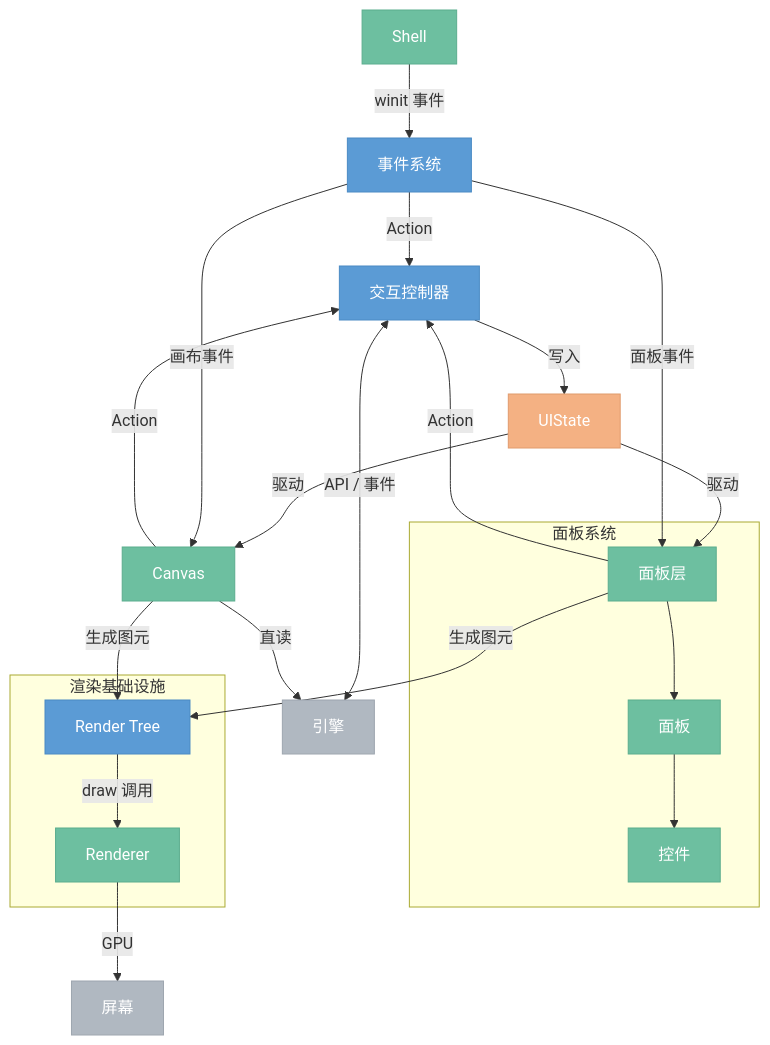
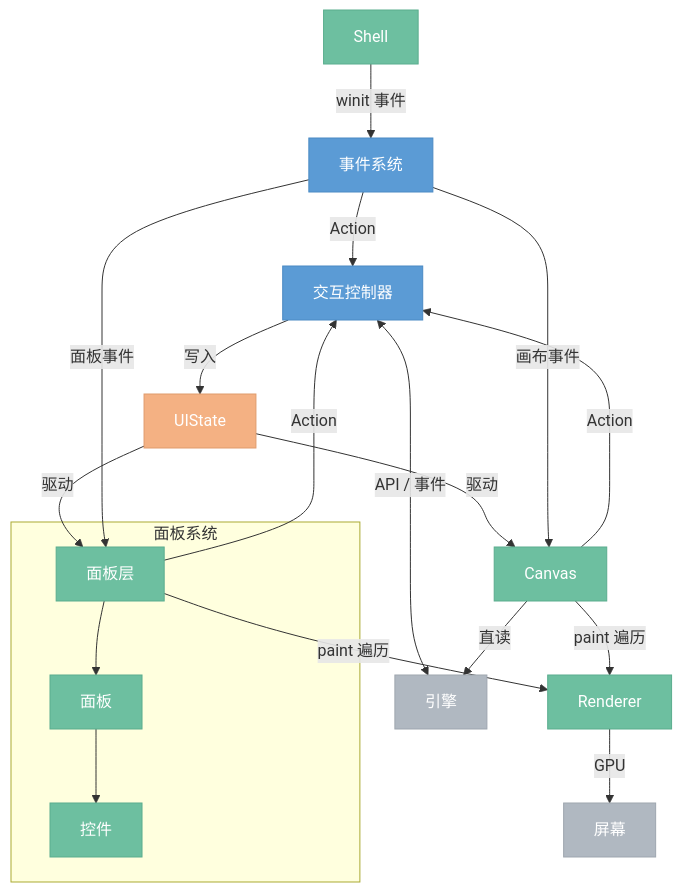
The diagram in docs/target/2.0.0-gui.md (aporicho/nodeimg), drawn with Mermaid before and after one commit. The commit also changed other lines of this file, not shown here.

````diff
--- a/docs/target/2.0.0-gui.md
+++ b/docs/target/2.0.0-gui.md
@@ -7,46 +7,42 @@
 ```mermaid
 %%{ init: { 'flowchart': { 'curve': 'basis' } } }%%
 flowchart TB
     classDef internal fill:#6DBFA0,stroke:#5BAD8E,color:#fff
     classDef logic fill:#5B9BD5,stroke:#4A8AC4,color:#fff
     classDef data fill:#F4B183,stroke:#E09B6D,color:#fff
     classDef external fill:#B0B8C1,stroke:#9EA6AF,color:#fff
 
     Shell["Shell"]:::internal
     事件系统["事件系统"]:::logic
     交互控制器["交互控制器"]:::logic
     UIState["UIState"]:::data
     Canvas["Canvas"]:::internal
     引擎["引擎"]:::external
 
     Shell -->|"winit 事件"| 事件系统
     事件系统 -->|"Action"| 交互控制器
     交互控制器 -->|"写入"| UIState
     交互控制器 <-->|"API / 事件"| 引擎
 
     UIState -->|"驱动"| Canvas
     UIState -->|"驱动"| PanelLayer
 
     事件系统 -->|"画布事件"| Canvas
     事件系统 -->|"面板事件"| PanelLayer
 
     subgraph 面板系统
         PanelLayer["面板层"]:::internal
         PanelLayer --> 面板["面板"]:::internal
         面板 --> 控件["控件"]:::internal
     end
 
-    subgraph 渲染基础设施
-        RenderTree["Render Tree"]:::logic
-        Renderer["Renderer"]:::internal
-        RenderTree -->|"draw 调用"| Renderer
-    end
+    Renderer["Renderer"]:::internal
 
-    Canvas -->|"生成图元"| RenderTree
-    PanelLayer -->|"生成图元"| RenderTree
+    Canvas -->|"paint 遍历"| Renderer
+    PanelLayer -->|"paint 遍历"| Renderer
     Renderer -->|"GPU"| 屏幕["屏幕"]:::external
 
     Canvas -->|"Action"| 交互控制器
     PanelLayer -->|"Action"| 交互控制器
     Canvas -->|"直读"| 引擎
 ```
````
